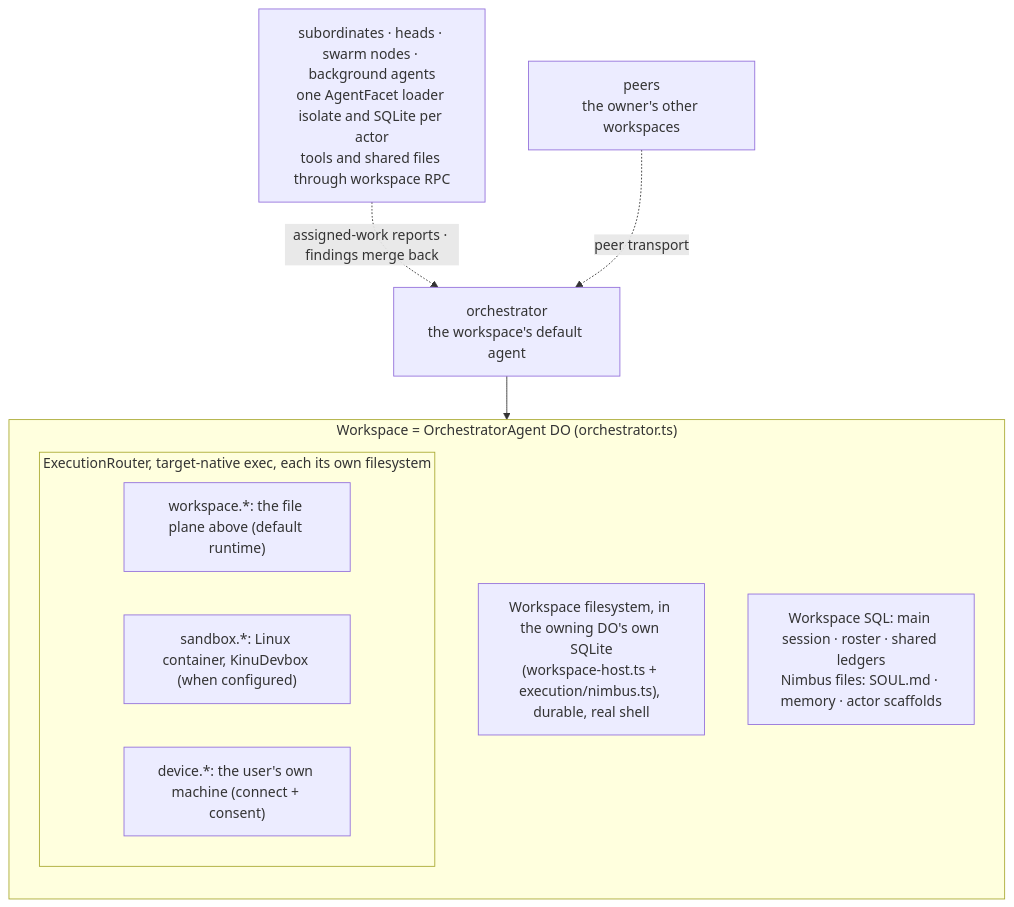
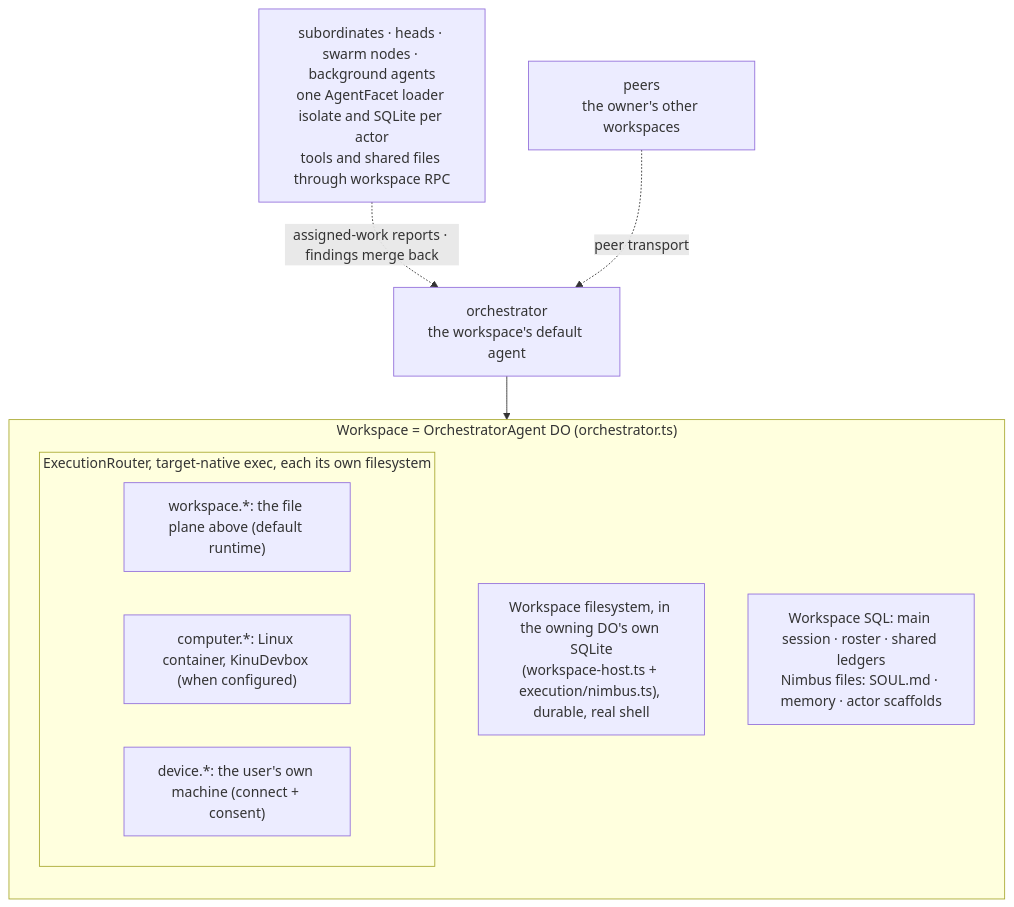
The first of 5 diagrams in docs/ARCHITECTURE.md (AshishKumar4/kinu), drawn with Mermaid before and after one commit. The commit also changed other lines of this file and 147 other files, not shown here.

First line of the commit message:
refactor: the agent's computer is /computer and computer.*, not the sandbox

````diff
--- a/docs/ARCHITECTURE.md
+++ b/docs/ARCHITECTURE.md
@@ -33,17 +33,17 @@
 ```mermaid
 graph TB
     subgraph WS["Workspace = OrchestratorAgent DO (orchestrator.ts)"]
         direction TB
         Files["Workspace filesystem, in the owning DO's own SQLite<br/>(workspace-host.ts + execution/nimbus.ts), durable, real shell"]
         subgraph Execs["ExecutionRouter, target-native exec, each its own filesystem"]
             W["workspace.*: the file plane above (default runtime)"]
-            S["sandbox.*: Linux container, KinuDevbox (when configured)"]
+            S["computer.*: Linux container, KinuDevbox (when configured)"]
             P["device.*: the user's own machine (connect + consent)"]
         end
         State["Workspace SQL: main session · roster · shared ledgers<br/>Nimbus files: SOUL.md · memory · actor scaffolds"]
     end
 
     Orch["orchestrator<br/>the workspace's default agent"] --> WS
     Subs["subordinates · heads · swarm nodes · background agents<br/>one AgentFacet loader isolate and SQLite per actor<br/>tools and shared files through workspace RPC"] -.->|assigned-work reports · findings merge back| Orch
     Peers["peers<br/>the owner's other workspaces"] -.->|peer transport| Orch
 ```
````
